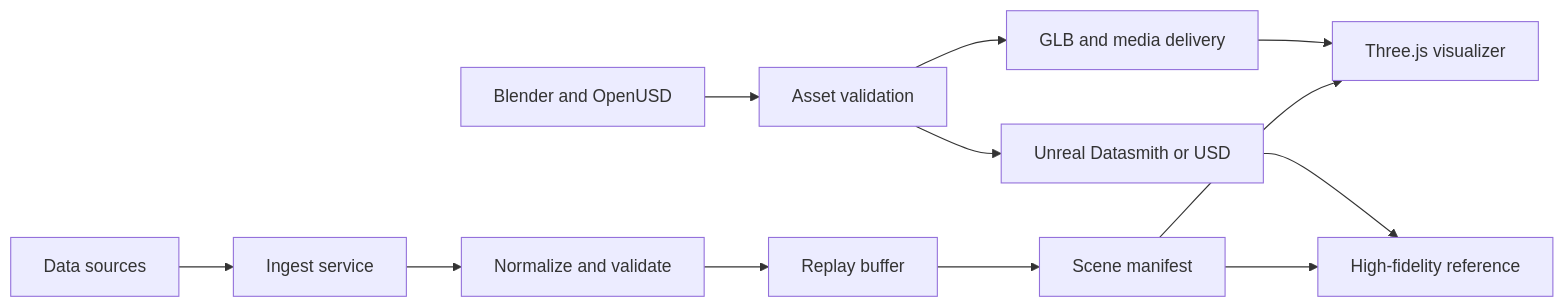
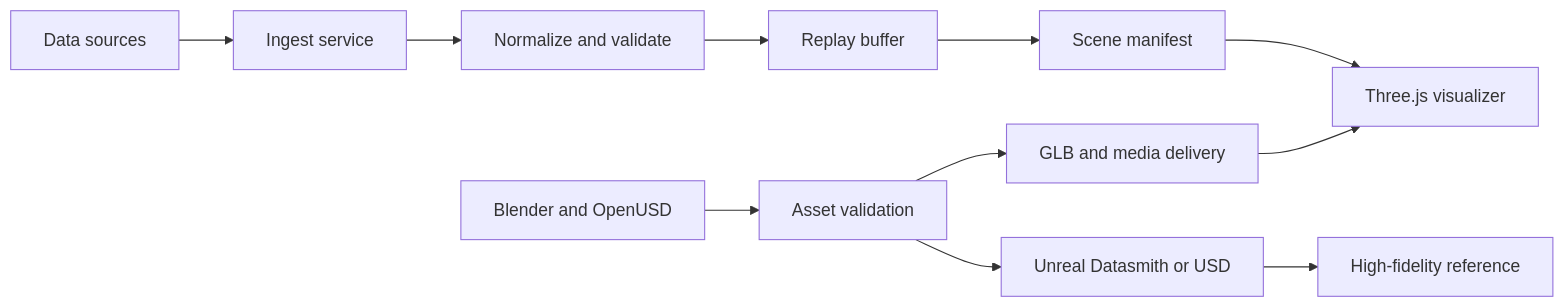
The diagram in docs/superpowers/specs/2026-09-17-web-visualizer-runtime-design.md (jlicerio/hypergraphia-studio), drawn with Mermaid before and after one commit. The commit also changed other lines of this file, not shown here.

````diff
--- a/docs/superpowers/specs/2026-09-17-web-visualizer-runtime-design.md
+++ b/docs/superpowers/specs/2026-09-17-web-visualizer-runtime-design.md
@@ -76,14 +76,13 @@
 ```mermaid
 flowchart LR
   A[Blender and OpenUSD] --> B[Asset validation]
   B --> C[GLB and media delivery]
   B --> D[Unreal Datasmith or USD]
   C --> E[Three.js visualizer]
   D --> F[High-fidelity reference]
   S[Data sources] --> G[Ingest service]
   G --> H[Normalize and validate]
   H --> I[Replay buffer]
   I --> J[Scene manifest]
   J --> E
-  J --> F
 ```
````
